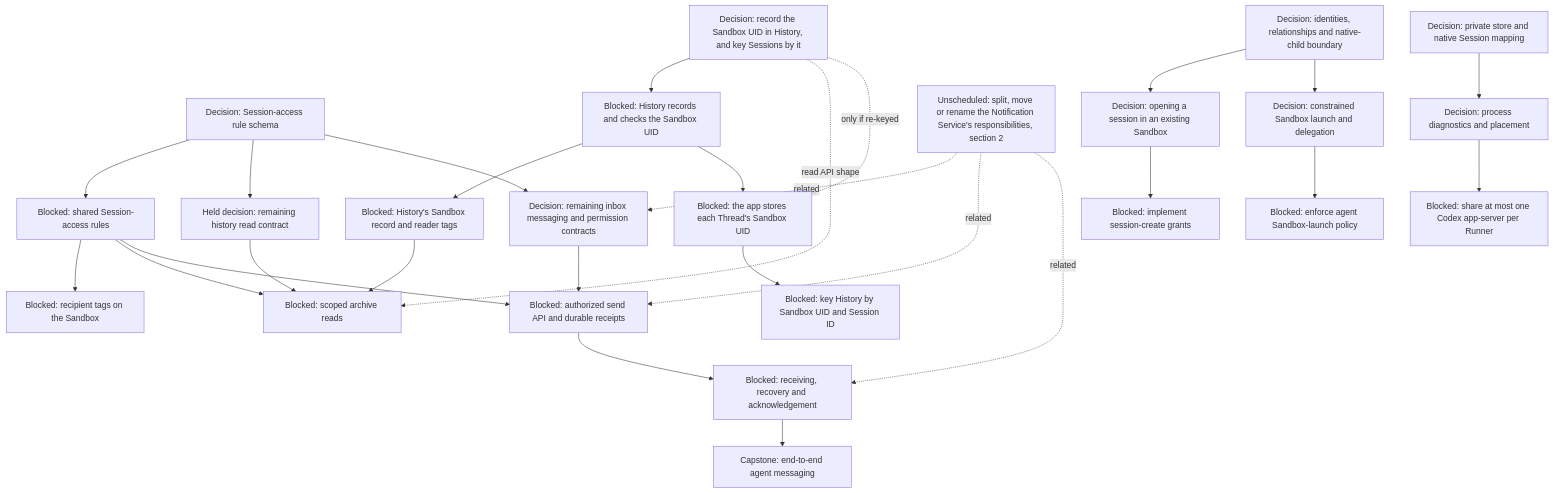
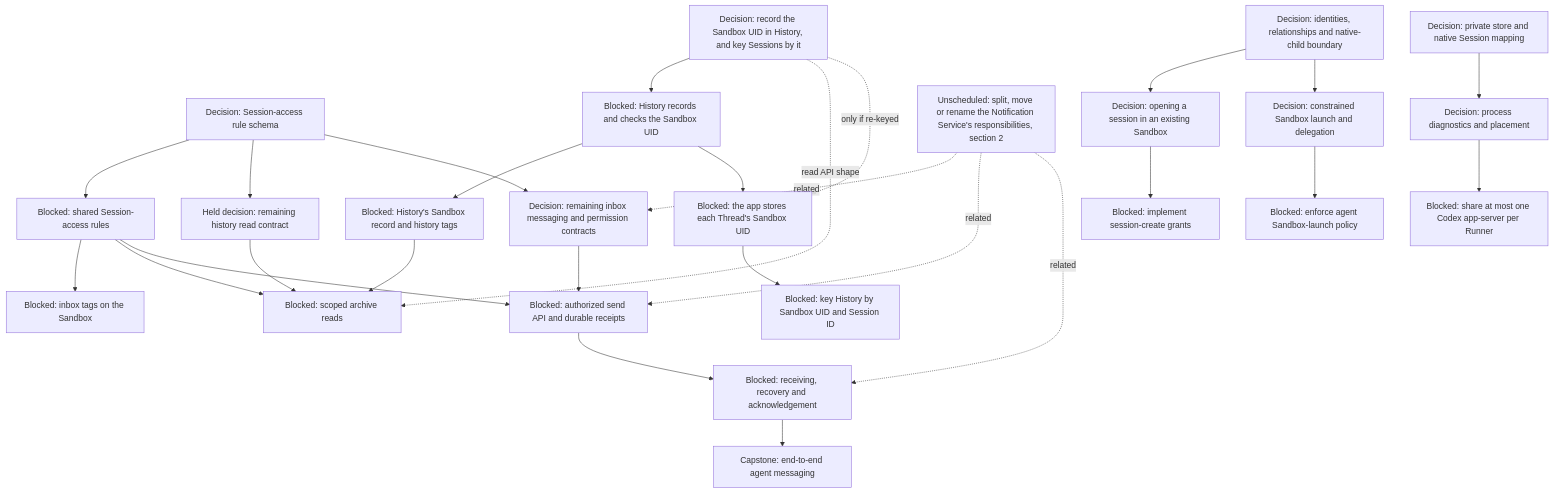
Before and after one commit to agentydragon-agent/ducktape: the fifth of 17 diagrams in agentplane/plans/task_dag.md, drawn with Mermaid. The commit also changed other lines of this file and 5 other files, not shown here.

First line of the commit message:
agentplane: name Sandbox tags inbox tags and history tags (#11231)

````diff
--- a/agentplane/plans/task_dag.md
+++ b/agentplane/plans/task_dag.md
@@ -251,50 +251,50 @@
 ```mermaid
 flowchart TD
     MULTIAGENT_MODEL[Decision: identities, relationships and native-child boundary]
     SESSION_ACCESS_RULES_DESIGN[Decision: Session-access rule schema]
     SESSION_ACCESS_RULES[Blocked: shared Session-access rules]
     THREAD_READ_POLICY_DESIGN[Held decision: remaining history read contract]
-    SANDBOX_RECIPIENT_TAGS[Blocked: recipient tags on the Sandbox]
-    HISTORY_SANDBOX_RECORD[Blocked: History's Sandbox record and reader tags]
+    SANDBOX_INBOX_TAGS[Blocked: inbox tags on the Sandbox]
+    HISTORY_SANDBOX_RECORD[Blocked: History's Sandbox record and history tags]
     THREAD_READ_POLICY[Blocked: scoped archive reads]
     HISTORY_SESSION_KEY_DESIGN[Decision: record the Sandbox UID in History, and key Sessions by it]
     HISTORY_SANDBOX_UID[Blocked: History records and checks the Sandbox UID]
     APP_THREAD_SANDBOX_UID[Blocked: the app stores each Thread's Sandbox UID]
     HISTORY_SESSION_REKEY[Blocked: key History by Sandbox UID and Session ID]
     AGENT_MESSAGING_DESIGN[Decision: remaining inbox messaging and permission contracts]
     AGENT_MESSAGE_INGRESS[Blocked: authorized send API and durable receipts]
     AGENT_MESSAGE_RECEPTION[Blocked: receiving, recovery and acknowledgement]
     AGENT_MESSAGING[Capstone: end-to-end agent messaging]
     THREAD_CREATE_POLICY[Decision: opening a session in an existing Sandbox]
     THREAD_CREATE_AUTHORIZATION[Blocked: implement session-create grants]
     AGENT_LAUNCH_POLICY_DESIGN[Decision: constrained Sandbox launch and delegation]
     AGENT_SANDBOX_LAUNCH[Blocked: enforce agent Sandbox-launch policy]
     MULTIAGENT_MODEL --> THREAD_CREATE_POLICY
     MULTIAGENT_MODEL --> AGENT_LAUNCH_POLICY_DESIGN
     SESSION_ACCESS_RULES_DESIGN --> SESSION_ACCESS_RULES
     SESSION_ACCESS_RULES_DESIGN --> THREAD_READ_POLICY_DESIGN
     SESSION_ACCESS_RULES_DESIGN --> AGENT_MESSAGING_DESIGN
     THREAD_READ_POLICY_DESIGN --> THREAD_READ_POLICY
-    SESSION_ACCESS_RULES --> SANDBOX_RECIPIENT_TAGS
+    SESSION_ACCESS_RULES --> SANDBOX_INBOX_TAGS
     SESSION_ACCESS_RULES --> THREAD_READ_POLICY
     HISTORY_SESSION_KEY_DESIGN --> HISTORY_SANDBOX_UID
     HISTORY_SESSION_KEY_DESIGN -. read API shape .-> THREAD_READ_POLICY
     HISTORY_SESSION_KEY_DESIGN -. only if re-keyed .-> APP_THREAD_SANDBOX_UID
     HISTORY_SANDBOX_UID --> HISTORY_SANDBOX_RECORD
     HISTORY_SANDBOX_RECORD --> THREAD_READ_POLICY
     HISTORY_SANDBOX_UID --> APP_THREAD_SANDBOX_UID
     APP_THREAD_SANDBOX_UID --> HISTORY_SESSION_REKEY
     SESSION_ACCESS_RULES --> AGENT_MESSAGE_INGRESS
     AGENT_MESSAGING_DESIGN --> AGENT_MESSAGE_INGRESS
     AGENT_MESSAGE_INGRESS --> AGENT_MESSAGE_RECEPTION
     NOTIFICATION_SERVICE_SPLIT[Unscheduled: split, move or rename the Notification Service's responsibilities, section 2] -. related .-> AGENT_MESSAGING_DESIGN
     NOTIFICATION_SERVICE_SPLIT -. related .-> AGENT_MESSAGE_INGRESS
     NOTIFICATION_SERVICE_SPLIT -. related .-> AGENT_MESSAGE_RECEPTION
     AGENT_MESSAGE_RECEPTION --> AGENT_MESSAGING
     THREAD_CREATE_POLICY --> THREAD_CREATE_AUTHORIZATION
     AGENT_LAUNCH_POLICY_DESIGN --> AGENT_SANDBOX_LAUNCH
     RUNNER_HARNESS_OBJECTS_DESIGN[Decision: process diagnostics and placement]
     HARNESS_IDENTITY_DESIGN[Decision: private store and native Session mapping]
     HARNESS_IDENTITY_DESIGN --> RUNNER_HARNESS_OBJECTS_DESIGN
     RUNNER_HARNESS_OBJECTS_DESIGN --> RUNNER_CODEX_SHARED_PROCESS[Blocked: share at most one Codex app-server per Runner]
 ```
````
